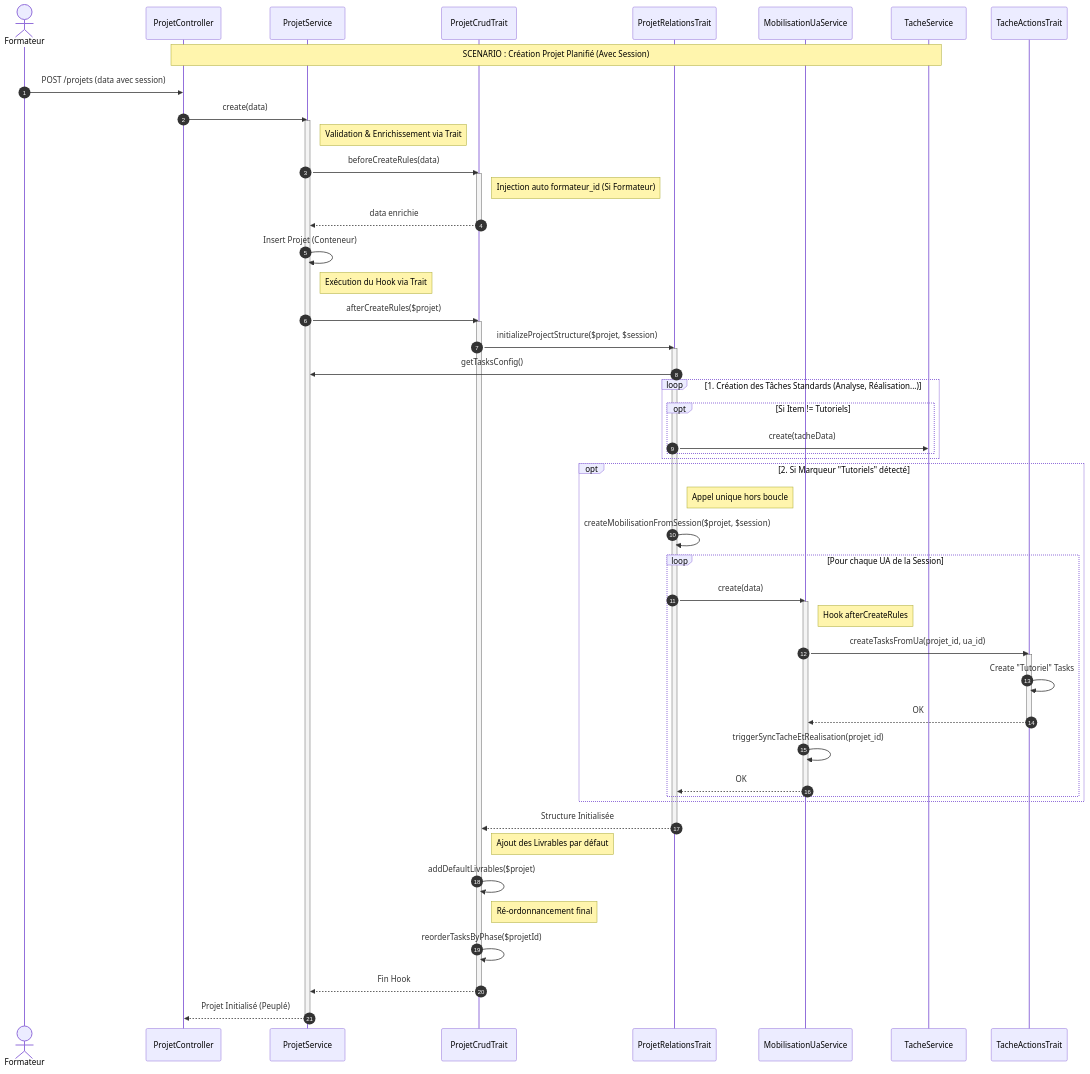
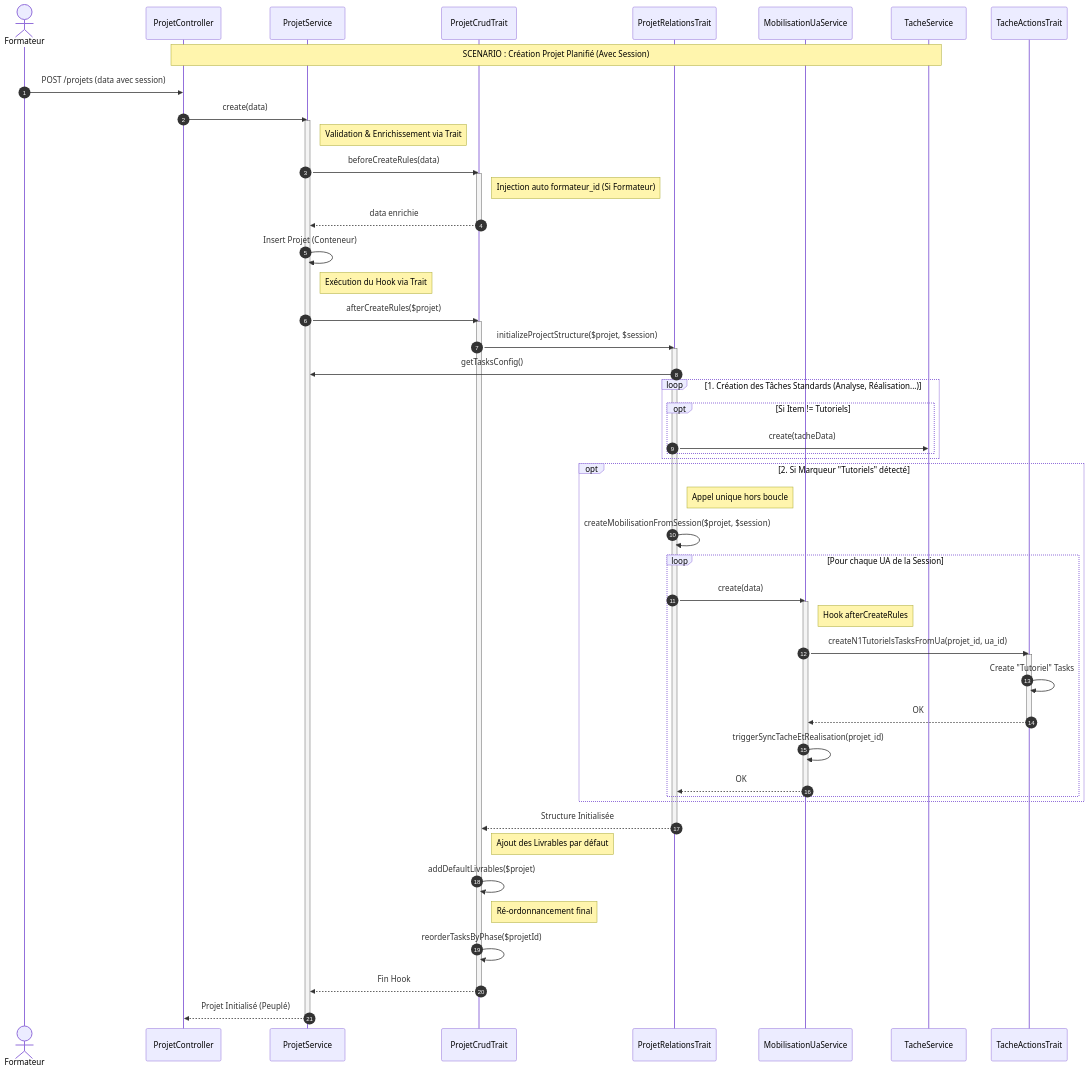
The diagram in docs/1.scenarios/PkgCreationProjet/Projet/creation_projet_planifie.scenario.mmd (solicode-lms/app), drawn with Mermaid before and after one commit. The commit also changed 4 other files, not shown here.

```diff
--- a/docs/1.scenarios/PkgCreationProjet/Projet/creation_projet_planifie.scenario.mmd
+++ b/docs/1.scenarios/PkgCreationProjet/Projet/creation_projet_planifie.scenario.mmd
@@ -1,73 +1,73 @@
 sequenceDiagram
     autonumber
     actor Formateur
     participant Ctrl as ProjetController
     participant PS as ProjetService
     participant PCT as ProjetCrudTrait
     participant PRT as ProjetRelationsTrait
     participant MS as MobilisationUaService
     participant TS as TacheService
     participant TAT as TacheActionsTrait
 
     Note over Ctrl, TS: SCENARIO : Création Projet Planifié (Avec Session)
 
     Formateur->>Ctrl: POST /projets (data avec session)
     Ctrl->>PS: create(data)
     
     activate PS
     
     Note right of PS: Validation & Enrichissement via Trait
     PS->>PCT: beforeCreateRules(data)
     activate PCT
     Note right of PCT: Injection auto formateur_id (Si Formateur)
     PCT-->>PS: data enrichie
     deactivate PCT
 
     PS->>PS: Insert Projet (Conteneur)
     
     Note right of PS: Exécution du Hook via Trait
     PS->>PCT: afterCreateRules($projet)
     activate PCT
     
     PCT->>PRT: initializeProjectStructure($projet, $session)
     activate PRT
     PRT->>PS: getTasksConfig()
     
     loop 1. Création des Tâches Standards (Analyse, Réalisation...)
         opt Si Item != Tutoriels
              PRT->>TS: create(tacheData)
         end
     end
 
     opt 2. Si Marqueur "Tutoriels" détecté
         Note right of PRT: Appel unique hors boucle
         PRT->>PRT: createMobilisationFromSession($projet, $session)
         
         loop Pour chaque UA de la Session
             PRT->>MS: create(data)
             activate MS
             Note right of MS: Hook afterCreateRules
-            MS->>TAT: createTasksFromUa(projet_id, ua_id)
+            MS->>TAT: createN1TutorielsTasksFromUa(projet_id, ua_id)
             activate TAT
             TAT->>TAT: Create "Tutoriel" Tasks
             TAT-->>MS: OK
             deactivate TAT
             MS->>MS: triggerSyncTacheEtRealisation(projet_id)
             MS-->>PRT: OK
             deactivate MS
         end
     end
     PRT-->>PCT: Structure Initialisée
     deactivate PRT
 
     Note right of PCT: Ajout des Livrables par défaut
     PCT->>PCT: addDefaultLivrables($projet)
 
     Note right of PCT: Ré-ordonnancement final
     PCT->>PCT: reorderTasksByPhase($projetId)
     
     PCT-->>PS: Fin Hook
     deactivate PCT
     
     PS-->>Ctrl: Projet Initialisé (Peuplé)
     deactivate PS
```
